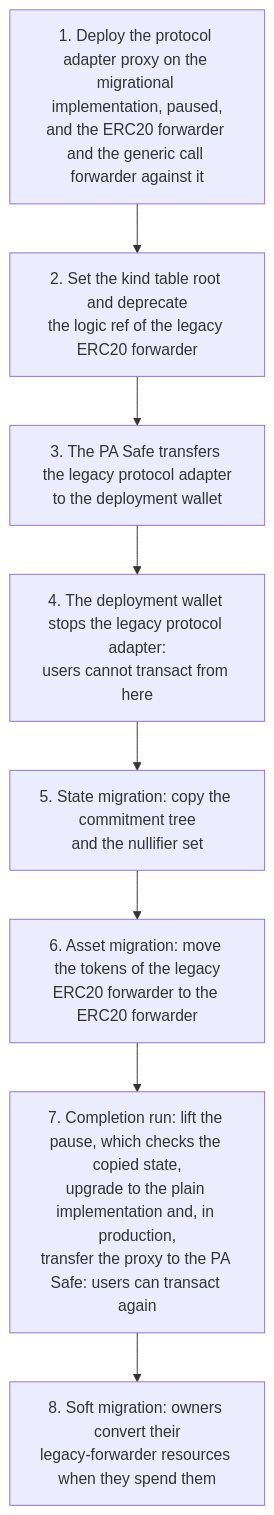
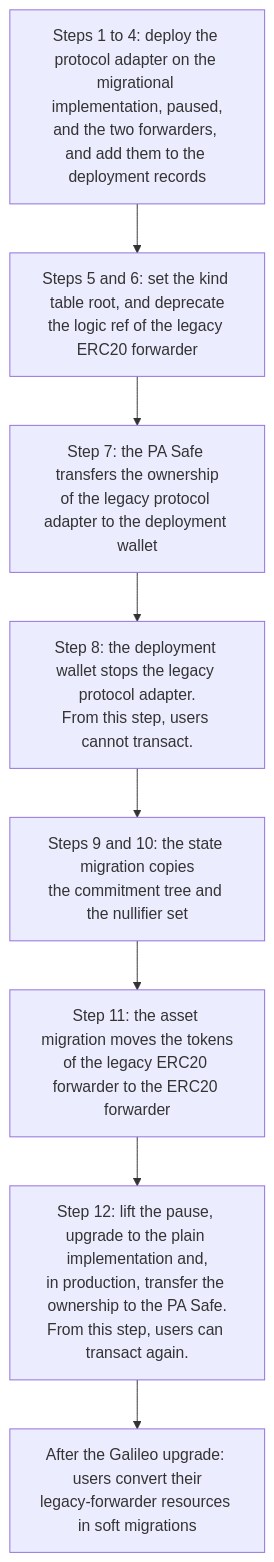
One commit to anoma/pa-evm changed the diagram in docs/00-galileo-upgrade.md. Above: the diagram before and after it, drawn with Mermaid. The commit also changed other lines of this file and 5 other files, not shown here.

````diff
--- a/docs/00-galileo-upgrade.md
+++ b/docs/00-galileo-upgrade.md
@@ -34,13 +121,13 @@
 ```mermaid
 flowchart TD
-    deploy[1. Deploy the protocol adapter proxy on the migrational implementation, paused,<br/>and the ERC20 forwarder and the generic call forwarder against it]
-    prepare[2. Set the kind table root and deprecate<br/>the logic ref of the legacy ERC20 forwarder]
-    transfer[3. The PA Safe transfers the legacy protocol adapter<br/>to the deployment wallet]
-    stop[4. The deployment wallet stops the legacy protocol adapter:<br/>users cannot transact from here]
-    state[5. State migration: copy the commitment tree<br/>and the nullifier set]
-    assets[6. Asset migration: move the tokens of the legacy<br/>ERC20 forwarder to the ERC20 forwarder]
-    complete[7. Completion run: lift the pause, which checks the copied state,<br/>upgrade to the plain implementation and, in production,<br/>transfer the proxy to the PA Safe: users can transact again]
-    soft[8. Soft migration: owners convert their<br/>legacy-forwarder resources when they spend them]
+    deploy[Steps 1 to 4: deploy the protocol adapter on the migrational implementation, paused,<br/>and the two forwarders, and add them to the deployment records]
+    prepare[Steps 5 and 6: set the kind table root, and deprecate<br/>the logic ref of the legacy ERC20 forwarder]
+    transfer[Step 7: the PA Safe transfers the ownership<br/>of the legacy protocol adapter to the deployment wallet]
+    stop[Step 8: the deployment wallet stops the legacy protocol adapter.<br/>From this step, users cannot transact.]
+    state[Steps 9 and 10: the state migration copies<br/>the commitment tree and the nullifier set]
+    assets[Step 11: the asset migration moves the tokens<br/>of the legacy ERC20 forwarder to the ERC20 forwarder]
+    complete[Step 12: lift the pause, upgrade to the plain implementation and,<br/>in production, transfer the ownership to the PA Safe.<br/>From this step, users can transact again.]
+    soft[After the Galileo upgrade: users convert their<br/>legacy-forwarder resources in soft migrations]
 
     deploy --> prepare --> transfer --> stop --> state --> assets --> complete --> soft
 ```
````
